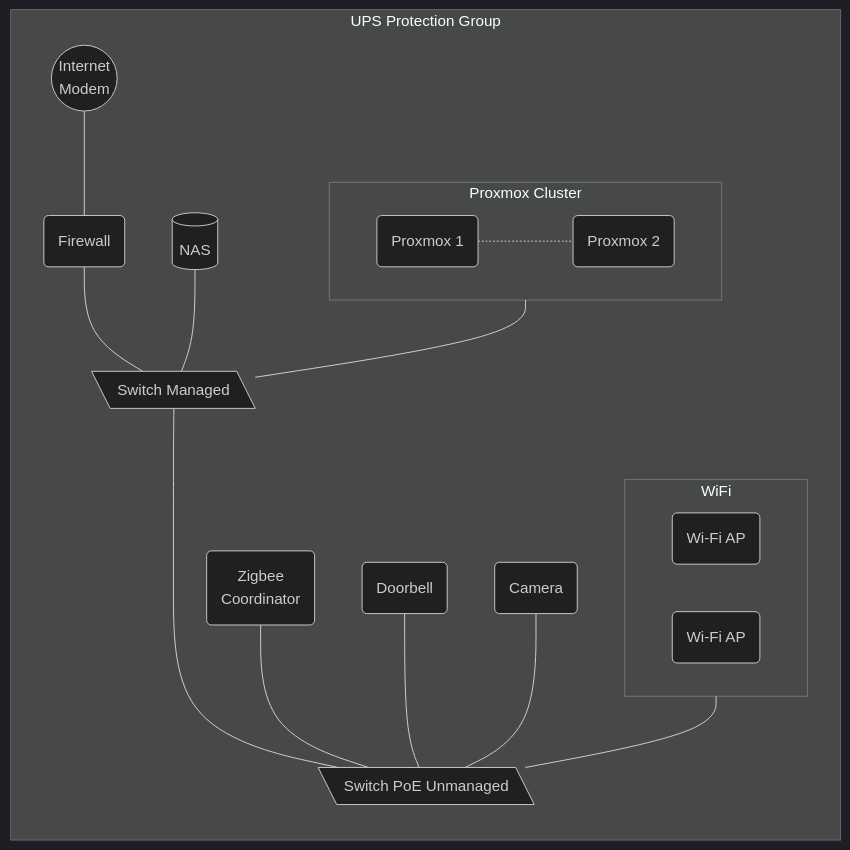
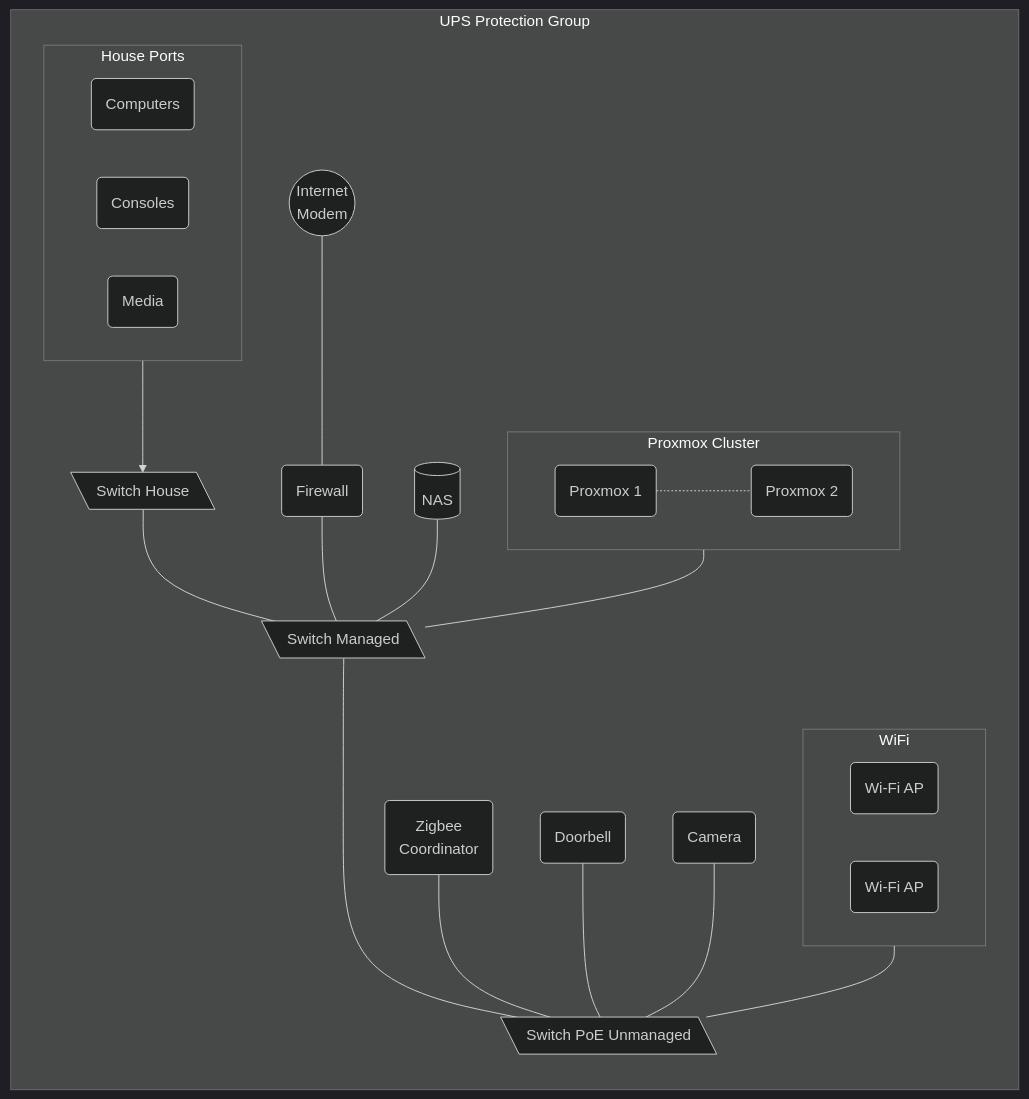
Before and after one commit to Livingdead1989/livingdead1989.github.io: the second of 3 diagrams in _projects/homelab-2026.md, drawn with Mermaid (dark theme). The commit also changed other lines of this file, not shown here.

```diff
--- a/_projects/homelab-2026.md
+++ b/_projects/homelab-2026.md
@@ -335,28 +343,36 @@
 <div class="mermaid">
 flowchart LR
   subgraph ups[UPS Protection Group]
     isp((Internet 
     Modem)) --- fw
     switchServer[\Switch Managed\] ---- switchPoE[\Switch PoE Unmanaged\]
+    switchHouse[\Switch House\] --- switchServer
 
     fw(Firewall) --- switchServer
     data[(NAS)] --- switchServer
         
     subgraph cluster[Proxmox Cluster]
       c1(Proxmox 1) -.- c2
       c2(Proxmox 2)
     end
     cluster --- switchServer
 
     zigbee(Zigbee 
       Coordinator) --- switchPoE
     doorbell(Doorbell) --- switchPoE
     camera(Camera) --- switchPoE
 
     subgraph WiFi
       wifi1(Wi-Fi AP)
       wifi2(Wi-Fi AP)
     end
     WiFi --- switchPoE
+
+    subgraph housePorts [House Ports]
+      computers(Computers)
+      consoles(Consoles)
+      media(Media)
+    end
+    housePorts --> switchHouse
   end
 </div>
```
